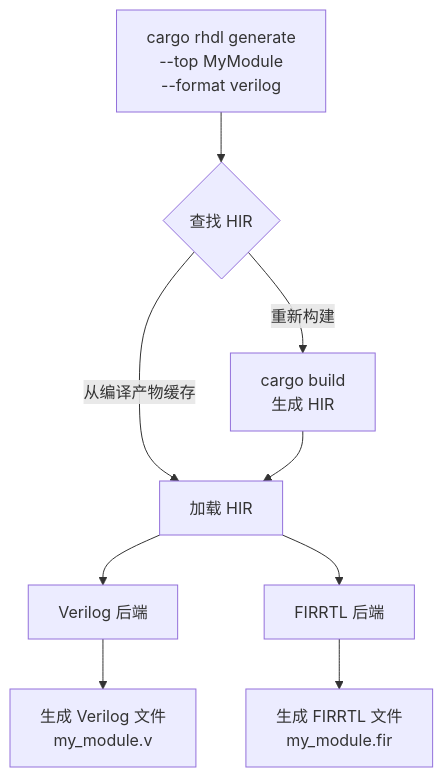
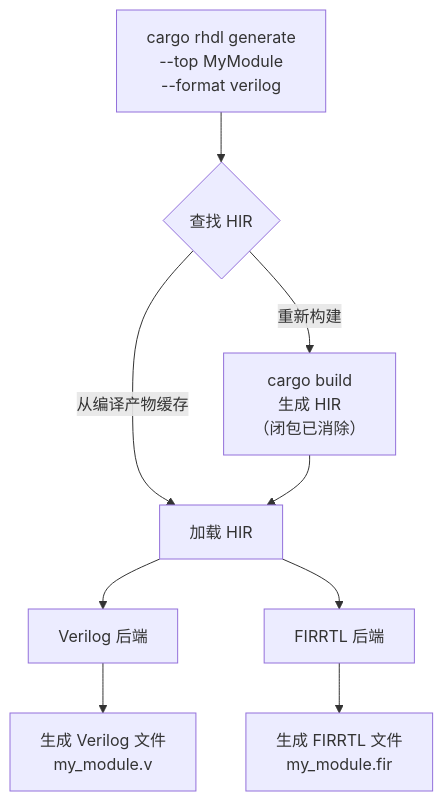
One commit to TangCan/bitloom changed the fifth of 18 diagrams in docs/requirements/4. 整体架构与工作流.md. Above: the diagram before and after it, drawn with Mermaid. The commit also changed other lines of this file and 17 other files, not shown here.

````diff
--- a/docs/requirements/4. 整体架构与工作流.md
+++ b/docs/requirements/4. 整体架构与工作流.md
@@ -151,12 +167,11 @@
 ```mermaid
 flowchart TD
     A[cargo rhdl generate<br>--top MyModule<br>--format verilog] --> B{查找 HIR}
     B -->|从编译产物缓存| C[加载 HIR]
-    B -->|重新构建| D[cargo build<br>生成 HIR]
+    B -->|重新构建| D[cargo build<br>生成 HIR<br>（闭包已消除）]
     D --> C
     C --> E[Verilog 后端]
     E --> F[生成 Verilog 文件<br>my_module.v]
     C --> G[FIRRTL 后端]
     G --> H[生成 FIRRTL 文件<br>my_module.fir]
-
 ```
````
